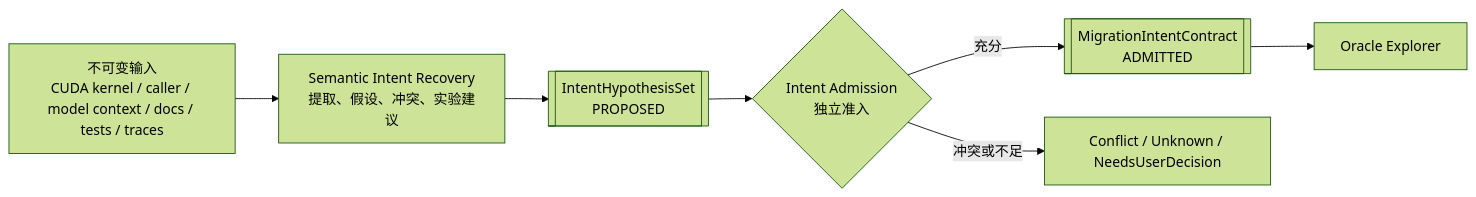
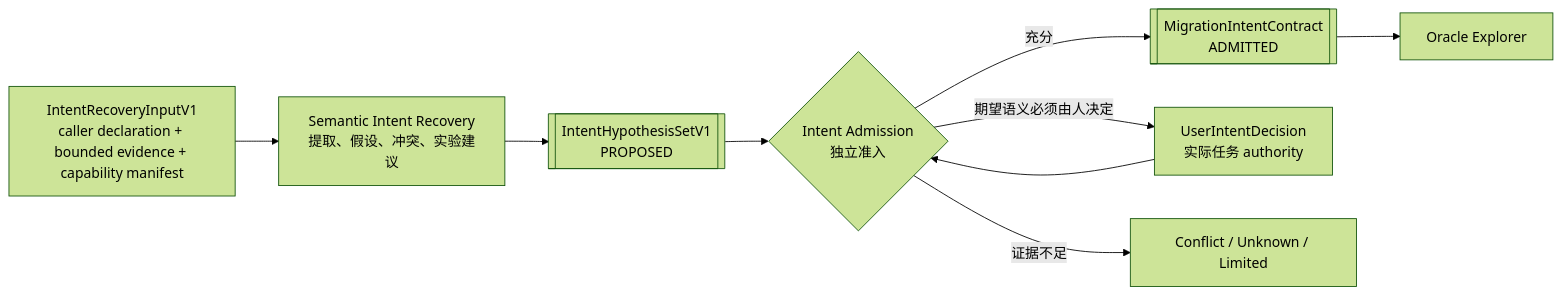
One commit to ascendresearch/cairn changed the diagram in docs/oracle/SEMANTIC_INTENT_RECOVERY_DESIGN.md. Above: the diagram before and after it, drawn with Mermaid (forest theme). The commit also changed other lines of this file and 4 other files, not shown here.

````diff
--- a/docs/oracle/SEMANTIC_INTENT_RECOVERY_DESIGN.md
+++ b/docs/oracle/SEMANTIC_INTENT_RECOVERY_DESIGN.md
@@ -24,13 +29,15 @@
 ```mermaid
 flowchart LR
-    input["不可变输入\nCUDA kernel / caller / model context / docs / tests / traces"]
+    input["IntentRecoveryInputV1\ncaller declaration + bounded evidence + capability manifest"]
     sir["Semantic Intent Recovery\n提取、假设、冲突、实验建议"]
-    proposals[["IntentHypothesisSet\nPROPOSED"]]
+    proposals[["IntentHypothesisSetV1\nPROPOSED"]]
     admit{"Intent Admission\n独立准入"}
     contract[["MigrationIntentContract\nADMITTED"]]
     oracle["Oracle Explorer"]
+    decision["UserIntentDecision\n实际任务 authority"]
 
     input --> sir --> proposals --> admit
     admit -->|充分| contract --> oracle
-    admit -->|冲突或不足| unresolved["Conflict / Unknown / NeedsUserDecision"]
+    admit -->|证据不足| unresolved["Conflict / Unknown / Limited"]
+    admit -->|期望语义必须由人决定| decision --> admit
 ```
````
